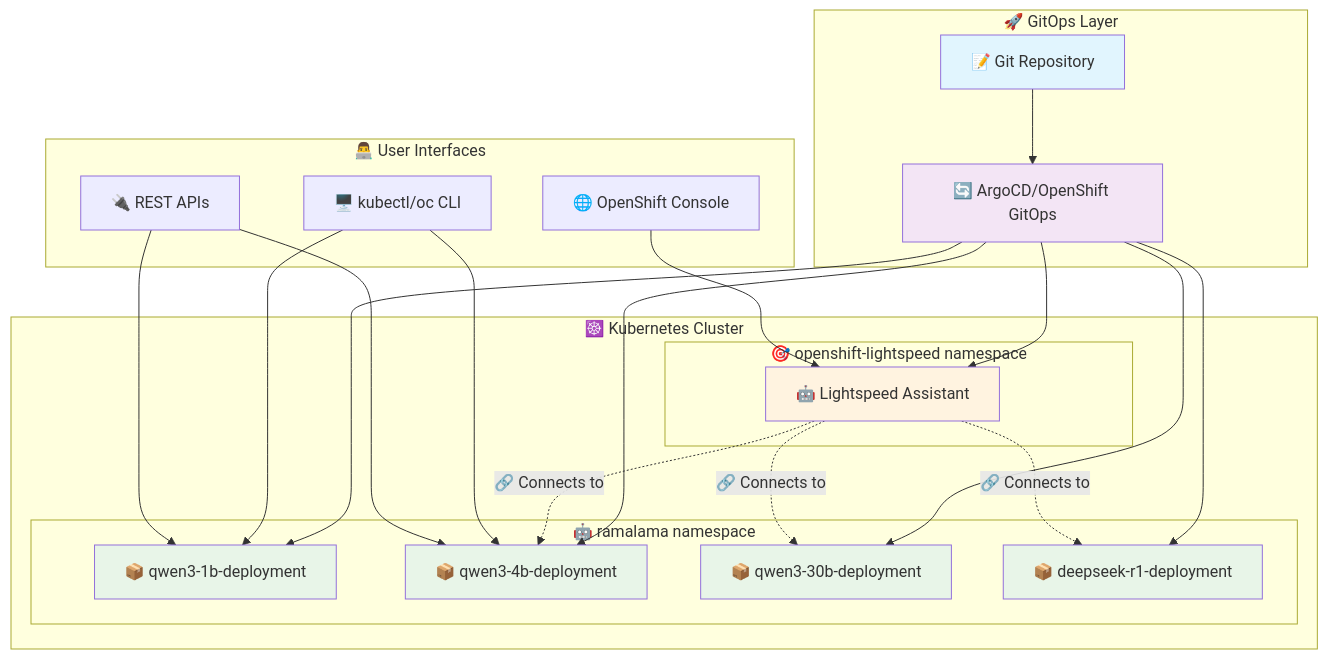
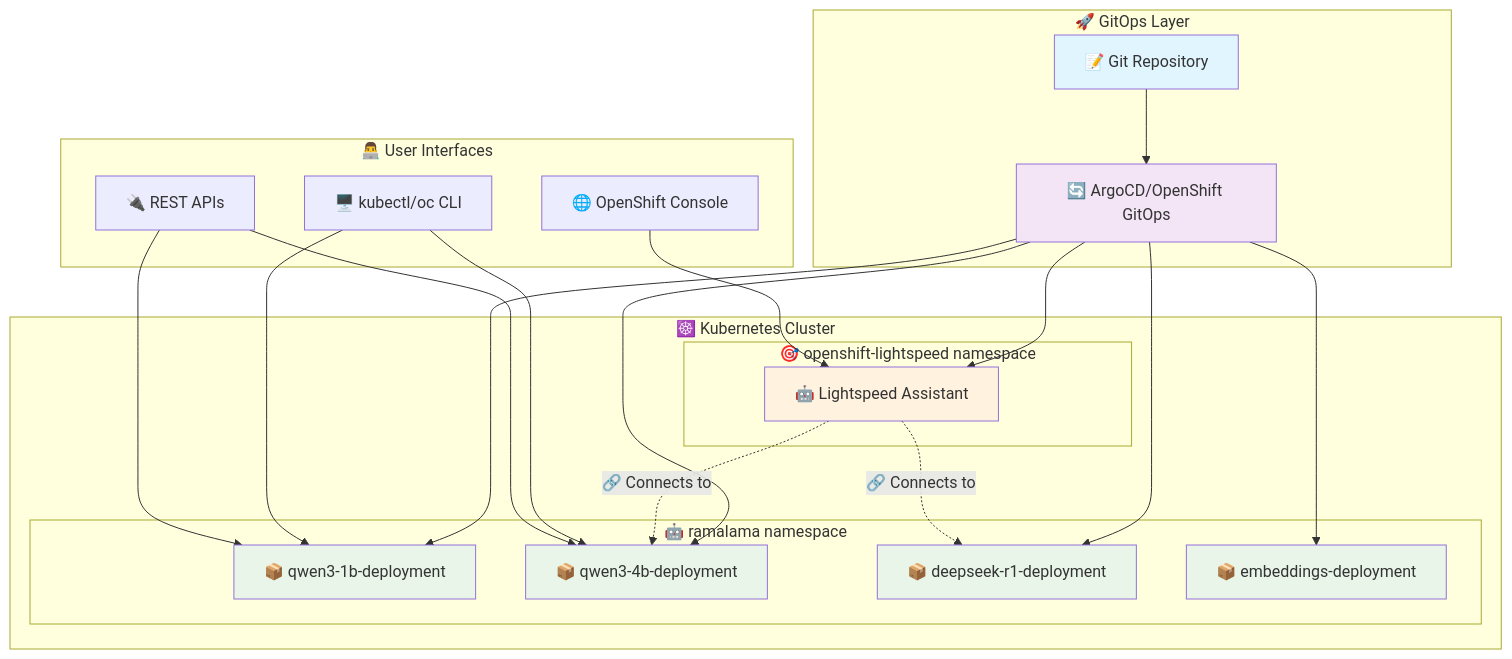
The second of 2 diagrams in README.md (kush-gupt/ramalama-k8s), drawn with Mermaid before and after one commit. The commit also changed other lines of this file and 10 other files, not shown here.

````diff
--- a/README.md
+++ b/README.md
@@ -181,51 +183,50 @@
 ```mermaid
 graph TB
     subgraph "🚀 GitOps Layer"
         G[📝 Git Repository]
         A[🔄 ArgoCD/OpenShift GitOps]
     end
     
     subgraph "☸️ Kubernetes Cluster"
         subgraph "🤖 ramalama namespace"
             M1[📦 qwen3-1b-deployment]
             M2[📦 qwen3-4b-deployment] 
-            M3[📦 qwen3-30b-deployment]
-            M4[📦 deepseek-r1-deployment]
+            M3[📦 deepseek-r1-deployment]
+            M4[📦 embeddings-deployment]
         end
         
         subgraph "🎯 openshift-lightspeed namespace"
             LS[🤖 Lightspeed Assistant]
         end
     end
     
     subgraph "👨‍💻 User Interfaces"
         CLI[🖥️ kubectl/oc CLI]
         WEB[🌐 OpenShift Console]
         API[🔌 REST APIs]
     end
     
     G --> A
     A --> M1
     A --> M2  
     A --> M3
     A --> M4
     A --> LS
     
     LS -.->|🔗 Connects to| M2
     LS -.->|🔗 Connects to| M3
-    LS -.->|🔗 Connects to| M4
     
     CLI --> M1
     CLI --> M2
     WEB --> LS
     API --> M1
     API --> M2
     
     style G fill:#e1f5fe
     style A fill:#f3e5f5
     style M1 fill:#e8f5e8
     style M2 fill:#e8f5e8
     style M3 fill:#e8f5e8  
     style M4 fill:#e8f5e8
     style LS fill:#fff3e0
 ```
````
